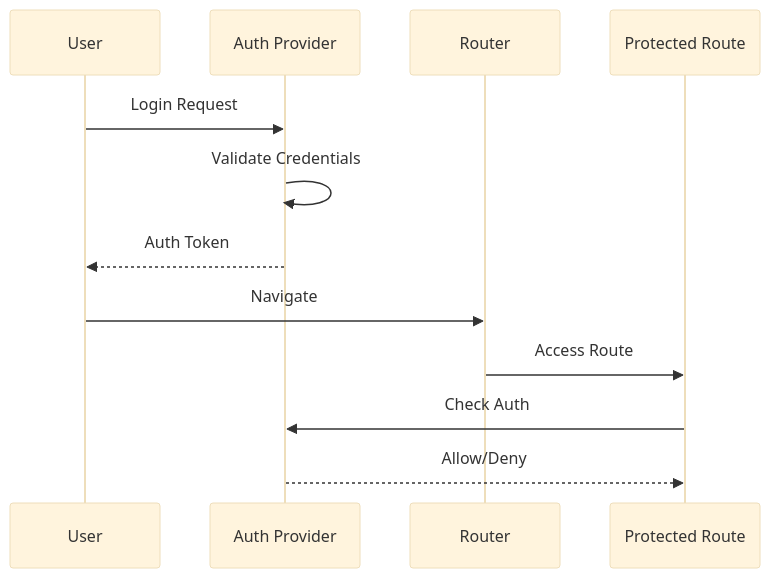
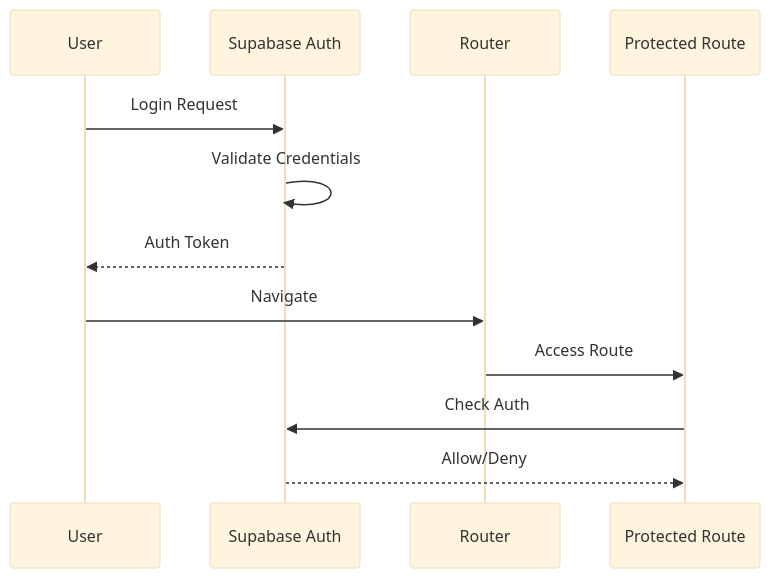
The third of 4 diagrams in README.md (BrianKN019/eduspark-portal), drawn with Mermaid (base theme) before and after one commit. The commit also changed other lines of this file and 6 other files, not shown here.

````diff
--- a/README.md
+++ b/README.md
@@ -140,15 +140,15 @@
 ```mermaid
 sequenceDiagram
     participant U as User
-    participant A as Auth Provider
+    participant A as Supabase Auth
     participant R as Router
     participant P as Protected Route
     
     U->>A: Login Request
     A->>A: Validate Credentials
     A-->>U: Auth Token
     U->>R: Navigate
     R->>P: Access Route
     P->>A: Check Auth
     A-->>P: Allow/Deny
 ```
````
